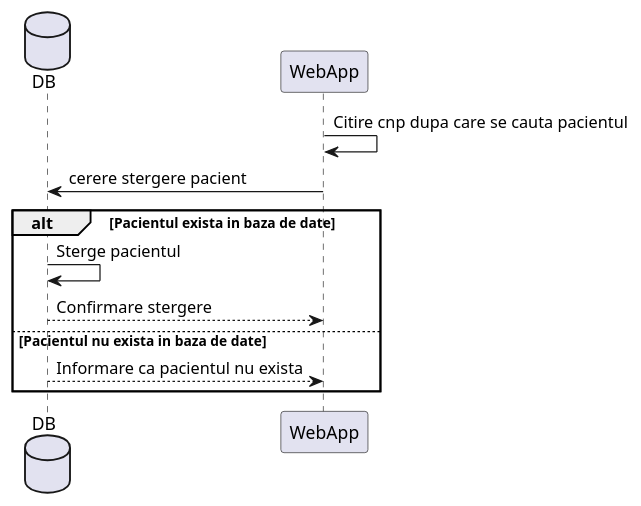
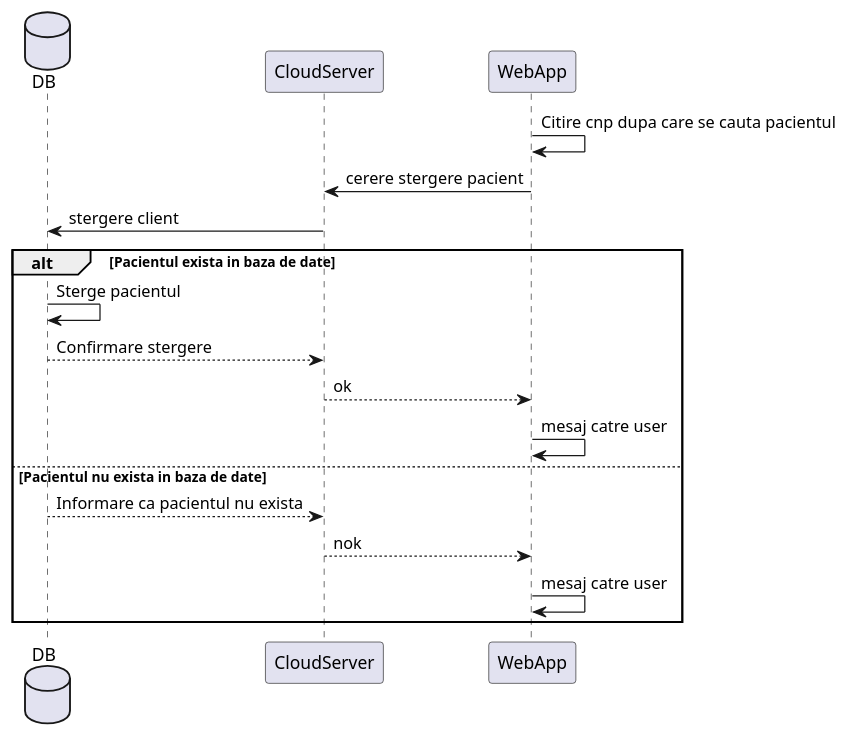
One commit to BVasi/ProiectIP changed the diagram in Sequence_DG/WebApp/stergere.plantuml. Above: the diagram before and after it, drawn with PlantUML. The commit also changed 7 other files, not shown here.

Commit message:
Added Sequence Diagrams

```diff
--- a/Sequence_DG/WebApp/stergere.plantuml
+++ b/Sequence_DG/WebApp/stergere.plantuml
@@ -1,16 +1,22 @@
 @startuml Stergere_Pacient
 
 database DB
+participant CloudServer
 participant WebApp
 
 WebApp -> WebApp: Citire cnp dupa care se cauta pacientul
-WebApp -> DB: cerere stergere pacient
+WebApp -> CloudServer: cerere stergere pacient
+CloudServer -> DB: stergere client
 
 alt Pacientul exista in baza de date
     DB -> DB: Sterge pacientul
-    DB --> WebApp: Confirmare stergere
+    DB --> CloudServer: Confirmare stergere
+    CloudServer --> WebApp: ok
+    WebApp -> WebApp: mesaj catre user
 else Pacientul nu exista in baza de date
-    DB --> WebApp: Informare ca pacientul nu exista
+    DB --> CloudServer: Informare ca pacientul nu exista
+    CloudServer --> WebApp: nok
+    WebApp -> WebApp: mesaj catre user
 end
 
 @enduml
```
